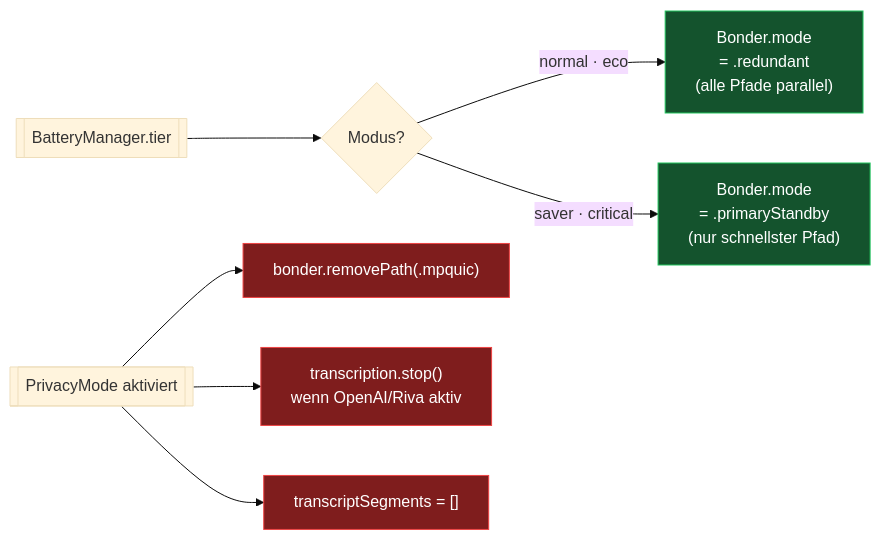
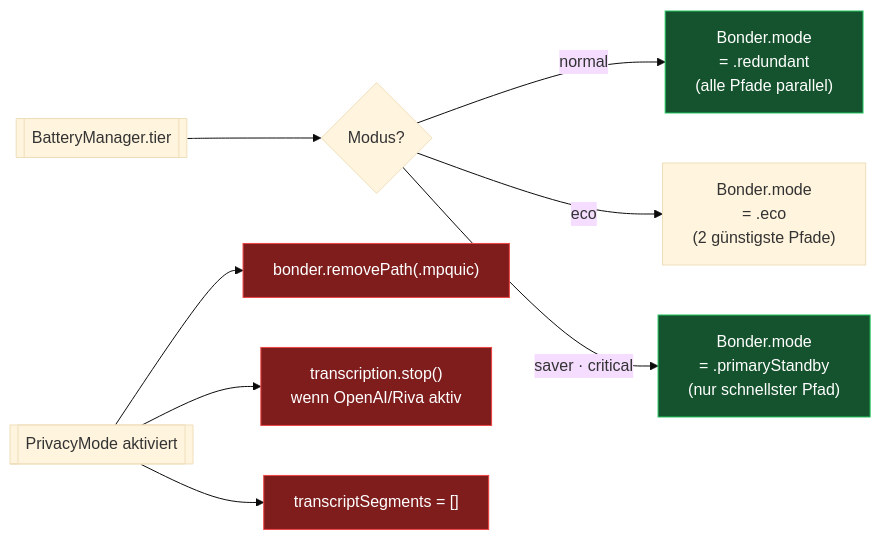
One commit to Martin-Hausleitner/Sonar changed the sixth of 7 diagrams in README.md. Above: the diagram before and after it, drawn with Mermaid (base theme). The commit also changed other lines of this file and 60 other files, not shown here.

````diff
--- a/README.md
+++ b/README.md
@@ -355,15 +358,16 @@
 ```mermaid
 flowchart LR
     Battery[["BatteryManager.tier"]] --> BMode{Modus?}
-    BMode -->|"normal · eco"| Red["Bonder.mode<br/>= .redundant<br/>(alle Pfade parallel)"]
+    BMode -->|"normal"| Red["Bonder.mode<br/>= .redundant<br/>(alle Pfade parallel)"]
+    BMode -->|"eco"| Eco["Bonder.mode<br/>= .eco<br/>(2 günstigste Pfade)"]
     BMode -->|"saver · critical"| PS["Bonder.mode<br/>= .primaryStandby<br/>(nur schnellster Pfad)"]
 
     Privacy[["PrivacyMode aktiviert"]] --> P1["bonder.removePath(.mpquic)"]
     Privacy --> P2["transcription.stop()<br/>wenn OpenAI/Riva aktiv"]
     Privacy --> P3["transcriptSegments = []"]
 
     classDef warn fill:#7f1d1d,stroke:#ef4444,color:#fff
     classDef ok fill:#14532d,stroke:#22c55e,color:#fff
     class P1,P2,P3 warn
     class Red,PS ok
 ```
````
